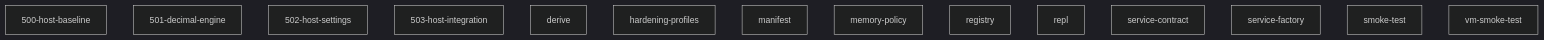
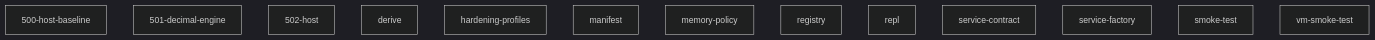
Before and after one commit to grapefruit89/mediNix-core: the diagram in 50-core/AGENTS.md, drawn with Mermaid (dark theme). The commit also changed other lines of this file and 19 other files, not shown here.

````diff
--- a/50-core/AGENTS.md
+++ b/50-core/AGENTS.md
@@ -95,17 +94,16 @@
 ```mermaid
 graph TD
   500_host_baseline["500-host-baseline"]
   501_decimal_engine["501-decimal-engine"]
-  502_host_settings["502-host-settings"]
-  503_host_integration["503-host-integration"]
+  502_host["502-host"]
   derive["derive"]
   hardening_profiles["hardening-profiles"]
   manifest["manifest"]
   memory_policy["memory-policy"]
   registry["registry"]
   repl["repl"]
   service_contract["service-contract"]
   service_factory["service-factory"]
   smoke_test["smoke-test"]
   vm_smoke_test["vm-smoke-test"]
 ```
````
